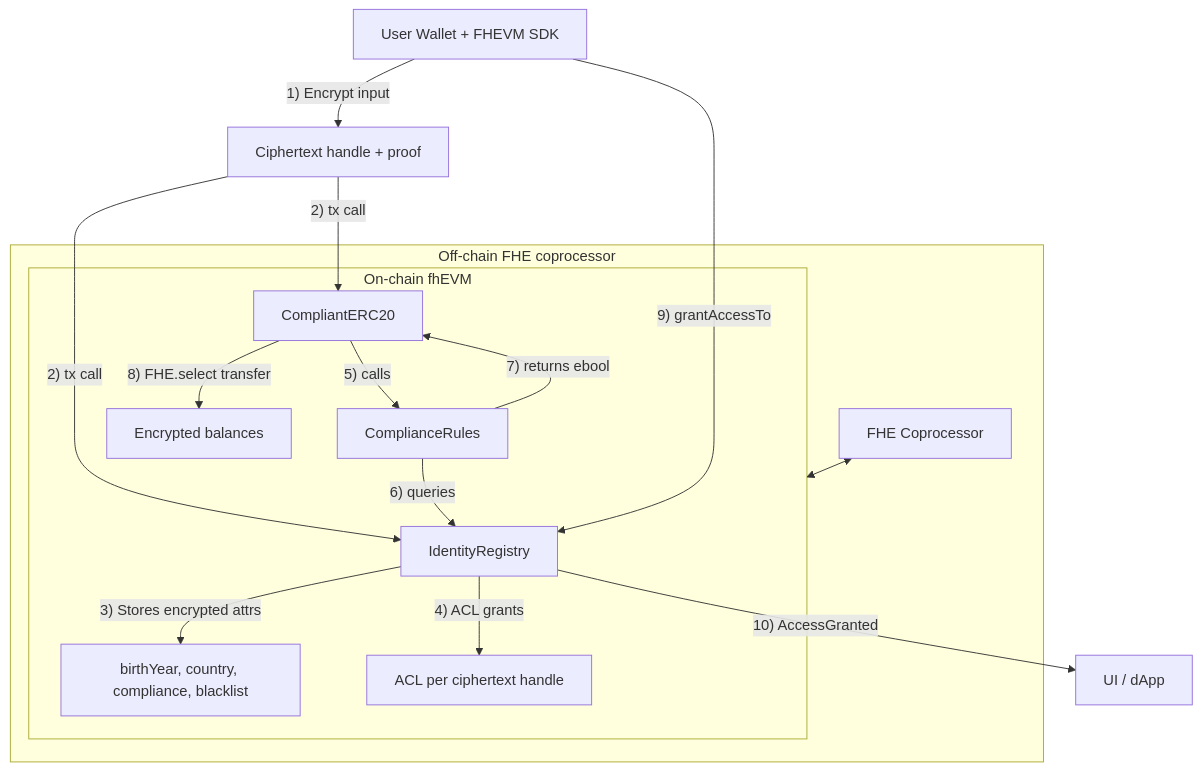
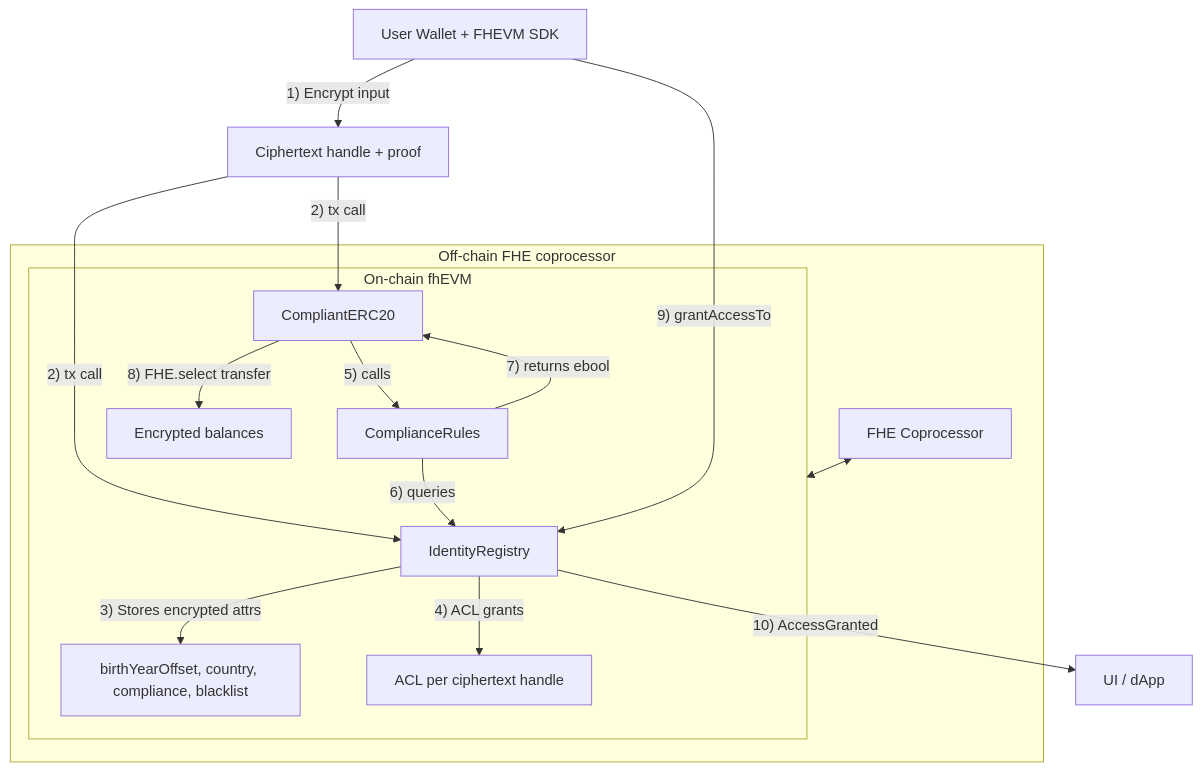
One commit to gustavovalverde/zentity changed the second of 11 diagrams in docs/web3-architecture.md. Above: the diagram before and after it, drawn with Mermaid. The commit also changed other lines of this file and 116 other files, not shown here.

First line of the commit message:
feat(architecture): refactor zk/fhe attestation pipeline

````diff
--- a/docs/web3-architecture.md
+++ b/docs/web3-architecture.md
@@ -95,23 +97,23 @@
 ```mermaid
 flowchart TD
     User["User Wallet + FHEVM SDK"]
     User -- "1) Encrypt input" --> EncIn["Ciphertext handle + proof"]
     EncIn -- "2) tx call" --> IR["IdentityRegistry"]
     EncIn -- "2) tx call" --> ERC["CompliantERC20"]
 
     subgraph OnChain["On-chain fhEVM"]
-      IR -- "3) Stores encrypted attrs" --> IRState["birthYear, country, compliance, blacklist"]
+      IR -- "3) Stores encrypted attrs" --> IRState["birthYearOffset, country, compliance, blacklist"]
       IR -- "4) ACL grants" --> ACL["ACL per ciphertext handle"]
       ERC -- "5) calls" --> CR["ComplianceRules"]
       CR -- "6) queries" --> IR
       CR -- "7) returns ebool" --> ERC
       ERC -- "8) FHE.select transfer" --> ERCState["Encrypted balances"]
     end
 
     subgraph OffChain["Off-chain FHE coprocessor"]
       FHE["FHE Coprocessor"] <--> OnChain
     end
 
     User -- "9) grantAccessTo" --> IR
     IR -- "10) AccessGranted" --> UI["UI / dApp"]
 ```
````
